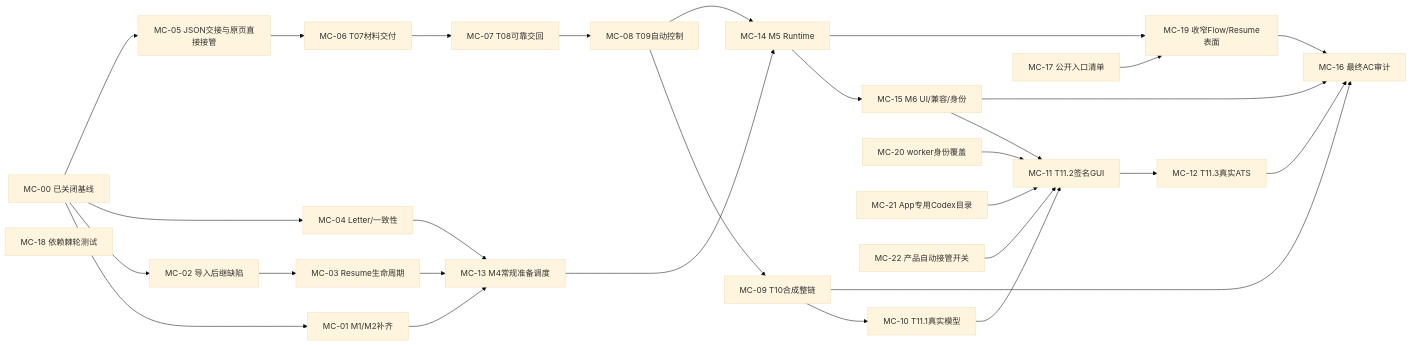
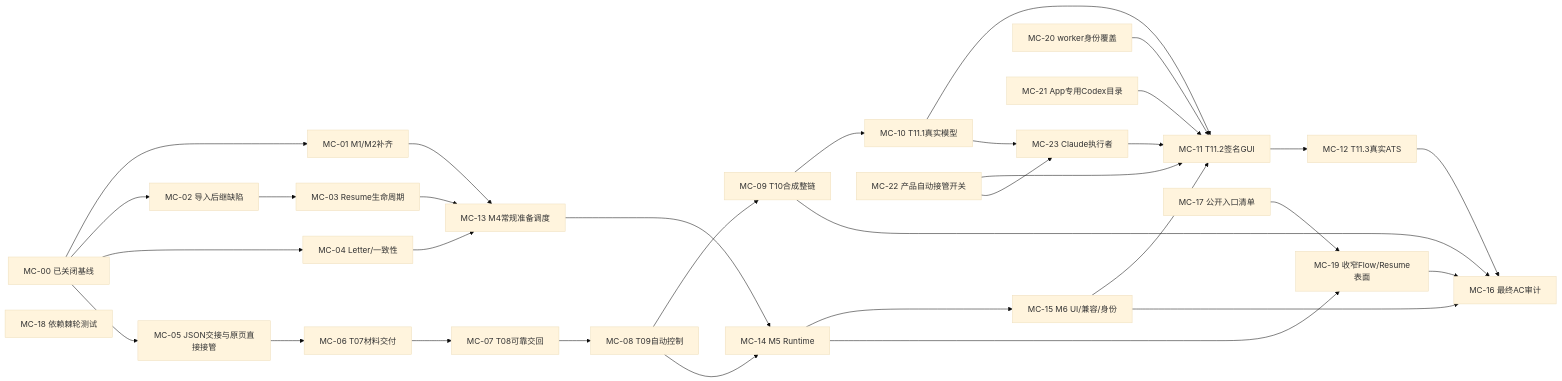
The diagram in .scratch/module-completion-2026-10-26/map.md (DengZhiyuan-math/TomorrowStar-OS), drawn with Mermaid (base theme) before and after one commit. The commit also changed other lines of this file and 18 other files, not shown here.

````diff
--- a/.scratch/module-completion-2026-10-26/map.md
+++ b/.scratch/module-completion-2026-10-26/map.md
@@ -185,32 +188,35 @@
 ```mermaid
 flowchart LR
     B["MC-00 已关闭基线"] --> A["MC-01 M1/M2补齐"]
     B --> R["MC-02 导入后继缺陷"]
     R --> RV["MC-03 Resume生命周期"]
     B --> L["MC-04 Letter/一致性"]
     B --> V["MC-05 JSON交接与原页直接接管"]
     V --> D["MC-06 T07材料交付"]
     D --> H["MC-07 T08可靠交回"]
     H --> C["MC-08 T09自动控制"]
     C --> S["MC-09 T10合成整链"]
     S --> X["MC-10 T11.1真实模型"]
     A --> P["MC-13 M4常规准备调度"]
     RV --> P
     L --> P
     P --> RT["MC-14 M5 Runtime"]
     C --> RT
     RT --> UI["MC-15 M6 UI/兼容/身份"]
     X --> G["MC-11 T11.2签名GUI"]
     UI --> G
     W["MC-20 worker身份覆盖"] --> G
     CH["MC-21 App专用Codex目录"] --> G
     NP["MC-22 产品自动接管开关"] --> G
+    CL["MC-23 Claude执行者"] --> G
+    X --> CL
+    NP --> CL
     G --> ATS["MC-12 T11.3真实ATS"]
     ATS --> AC["MC-16 最终AC审计"]
     UI --> AC
     S --> AC
     E["MC-17 公开入口清单"] --> N["MC-19 收窄Flow/Resume表面"]
     RT --> N
     N --> AC
     K["MC-18 依赖棘轮测试"]
 ```
````
